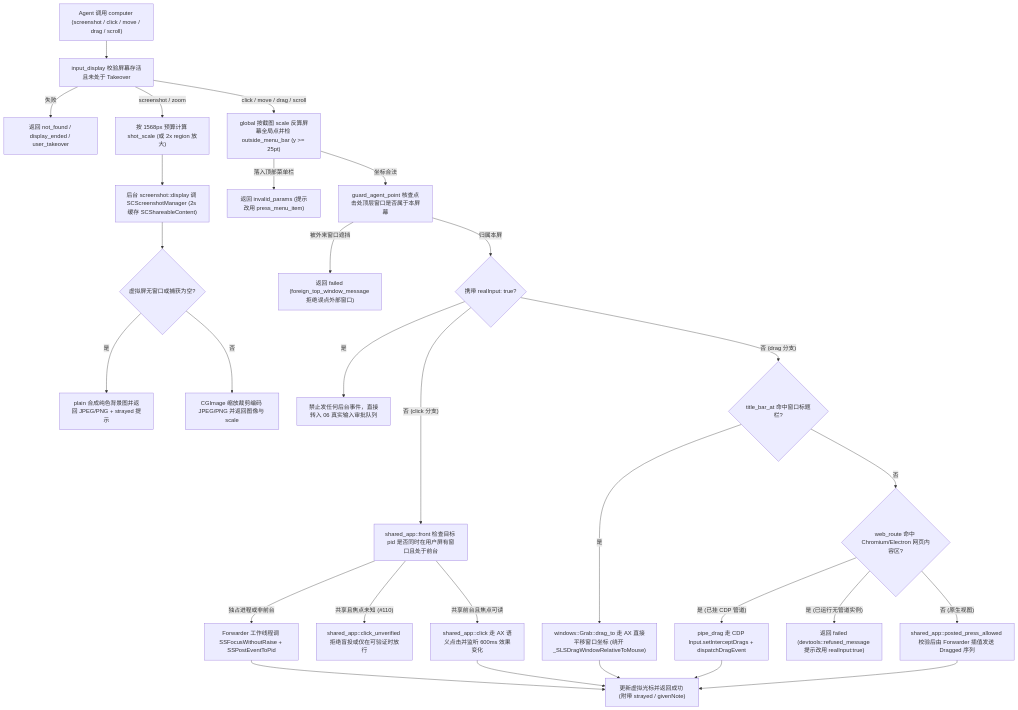
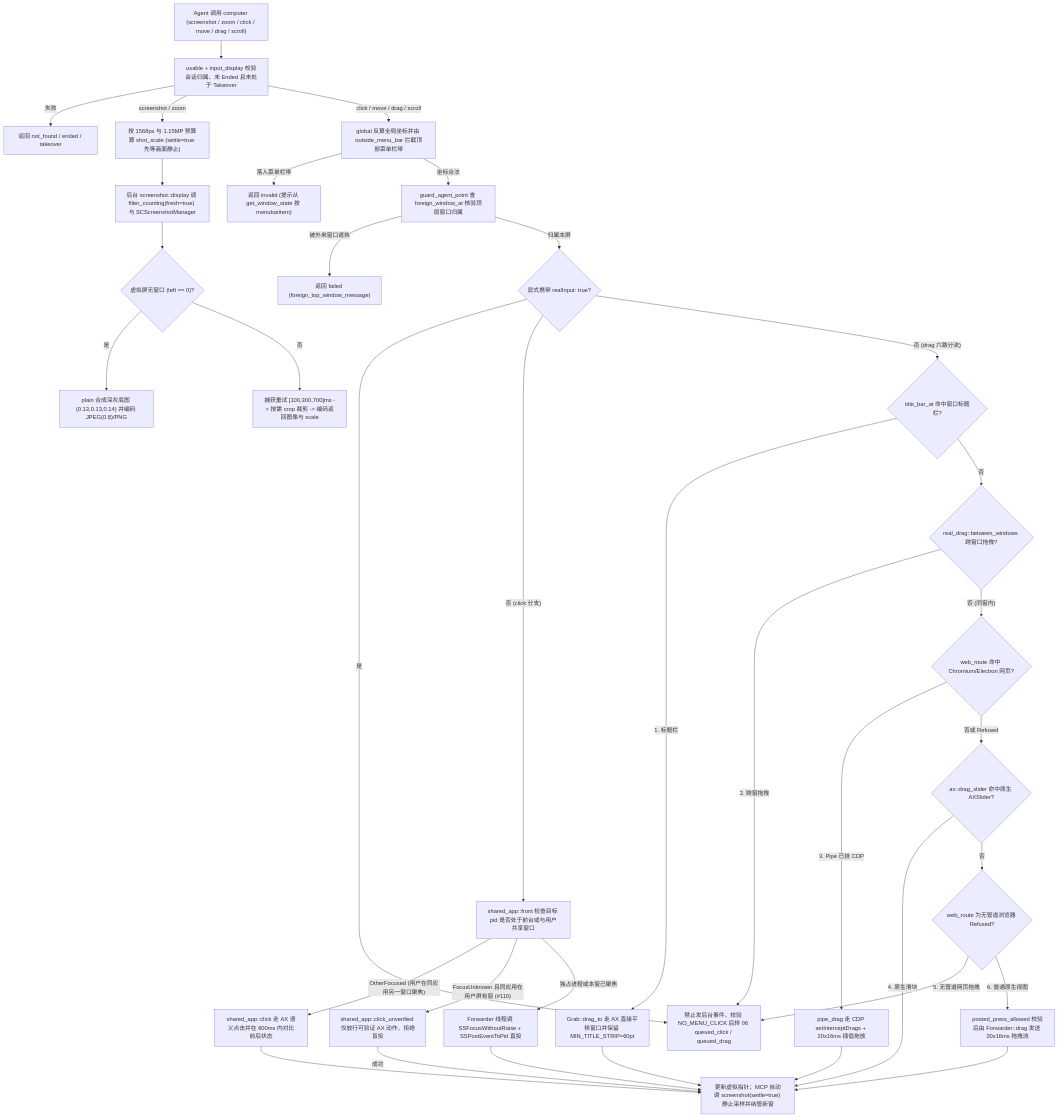
One commit to Fanzzzd/agent-screen changed the first of 2 diagrams in docs/flows/05-computer-actions.md. Above: the diagram before and after it, drawn with Mermaid. The commit also changed other lines of this file and 16 other files, not shown here.

First line of the commit message:
docs(docs): audit flow maps row by row with source quotes

````diff
--- a/docs/flows/05-computer-actions.md
+++ b/docs/flows/05-computer-actions.md
@@ -16,31 +16,37 @@
 ```mermaid
 flowchart TD
-    C1["Agent 调用 computer (screenshot / click / move / drag / scroll)"] --> C2["input_display 校验屏幕存活且未处于 Takeover"]
-    C2 -->|"失败"| CX1["返回 not_found / display_ended / user_takeover"]
-    C2 -->|"screenshot / zoom"| S1["按 1568px 预算计算 shot_scale (或 2x region 放大)"]
-    S1 --> S2["后台 screenshot::display 调 SCScreenshotManager (2s 缓存 SCShareableContent)"]
-    S2 --> S3{"虚拟屏无窗口或捕获为空?"}
-    S3 -->|"是"| S4["plain 合成纯色背景图并返回 JPEG/PNG + strayed 提示"]
-    S3 -->|"否"| S5["CGImage 缩放裁剪编码 JPEG/PNG 并返回图像与 scale"]
-    C2 -->|"click / move / drag / scroll"| C3["global 按截图 scale 反算屏幕全局点并检 outside_menu_bar (y >= 25pt)"]
-    C3 -->|"落入顶部菜单栏"| CX2["返回 invalid_params (提示改用 press_menu_item)"]
-    C3 -->|"坐标合法"| C4["guard_agent_point 核查点击处顶层窗口是否属于本屏幕"]
-    C4 -->|"被外来窗口遮挡"| CX3["返回 failed (foreign_top_window_message 拒绝误点外部窗口)"]
-    C4 -->|"归属本屏"| C5{"携带 realInput: true?"}
-    C5 -->|"是"| R_REAL["禁止发任何后台事件，直接转入 06 真实输入审批队列"]
-    C5 -->|"否 (click 分支)"| K1["shared_app::front 检查目标 pid 是否同时在用户屏有窗口且处于前台"]
-    K1 -->|"共享前台且焦点可读"| K2["shared_app::click 走 AX 语义点击并监听 600ms 效果变化"]
-    K1 -->|"共享且焦点未知 (#110)"| K3["shared_app::click_unverified 拒绝盲投或仅在可验证时放行"]
-    K1 -->|"独占进程或非前台"| K4["Forwarder 工作线程调 SSFocusWithoutRaise + SSPostEventToPid"]
-    K4 --> R_OK["更新虚拟光标并返回成功 (附带 strayed / givenNote)"]
+    C1["Agent 调用 computer (screenshot / zoom / click / move / drag / scroll)"] --> C2["usable + input_display 校验会话归属、未 Ended 且未处于 Takeover"]
+    C2 -->|"失败"| CX1["返回 not_found / ended / takeover"]
+    C2 -->|"screenshot / zoom"| S1["按 1568px 与 1.15MP 预算算 shot_scale (settle=true 先等画面静止)"]
+    S1 --> S2["后台 screenshot::display 调 filter_counting(fresh=true) 与 SCScreenshotManager"]
+    S2 --> S3{"虚拟屏无窗口 (left == 0)?"}
+    S3 -->|"是"| S4["plain 合成深灰底图 (0.13,0.13,0.14) 并编码 JPEG(0.8)/PNG"]
+    S3 -->|"否"| S5["捕获重试 [100,300,700]ms -> 按需 crop 裁剪 -> 编码返回图像与 scale"]
+    C2 -->|"click / move / drag / scroll"| C3["global 反算全局坐标并由 outside_menu_bar 拦截顶部菜单栏带"]
+    C3 -->|"落入菜单栏带"| CX2["返回 invalid (提示从 get_window_state 按 menubaritem)"]
+    C3 -->|"坐标合法"| C4["guard_agent_point 查 foreign_window_at 核验顶层窗口归属"]
+    C4 -->|"被外来窗口遮挡"| CX3["返回 failed (foreign_top_window_message)"]
+    C4 -->|"归属本屏"| C5{"显式携带 realInput: true?"}
+    C5 -->|"是"| R_REAL["禁止发后台事件，校验 NO_MENU_CLICK 后转 06 queued_click / queued_drag"]
+    C5 -->|"否 (click 分支)"| K1["shared_app::front 检查目标 pid 是否处于前台或与用户共享窗口"]
+    K1 -->|"OtherFocused (用户在同应用另一窗口聚焦)"| K2["shared_app::click 走 AX 语义点击并在 600ms 内对比前后状态"]
+    K1 -->|"FocusUnknown 且同应用在用户屏有窗 (#110)"| K3["shared_app::click_unverified 仅放行可验证 AX 动作，拒绝盲投"]
+    K1 -->|"独占进程或本窗已聚焦"| K4["Forwarder 线程调 SSFocusWithoutRaise + SSPostEventToPid 直投"]
+    K4 --> R_OK["更新虚拟指针；MCP 自动调 screenshot(settle=true) 静止采样并纳管新窗"]
     K2 --> R_OK
-    C5 -->|"否 (drag 分支)"| D1{"title_bar_at 命中窗口标题栏?"}
-    D1 -->|"是"| D2["windows::Grab::drag_to 走 AX 直接平移窗口坐标 (绕开 _SLSDragWindowRelativeToMouse)"]
-    D1 -->|"否"| D3{"web_route 命中 Chromium/Electron 网页内容区?"}
-    D3 -->|"是 (已挂 CDP 管道)"| D4["pipe_drag 走 CDP Input.setInterceptDrags + dispatchDragEvent"]
-    D3 -->|"是 (已运行无管道实例)"| DX1["返回 failed (devtools::refused_message 提示改用 realInput:true)"]
-    D3 -->|"否 (原生视图)"| D5["shared_app::posted_press_allowed 校验后由 Forwarder 插值发送 Dragged 序列"]
+    K3 -->|"成功"| R_OK
+    C5 -->|"否 (drag 六路分流)"| D1{"title_bar_at 命中窗口标题栏?"}
+    D1 -->|"1. 标题栏"| D2["Grab::drag_to 走 AX 直接平移窗口并保留 MIN_TITLE_STRIP=60pt"]
+    D1 -->|"否"| D_CROSS{"real_drag::between_windows 跨窗口拖拽?"}
+    D_CROSS -->|"2. 跨窗拖拽"| R_REAL
+    D_CROSS -->|"否 (同窗内)"| D3{"web_route 命中 Chromium/Electron 网页?"}
+    D3 -->|"3. Pipe 已挂 CDP"| D4["pipe_drag 走 CDP setInterceptDrags + 20x16ms 插值拖放"]
+    D3 -->|"否或 Refused"| D_AX{"ax::drag_slider 命中原生 AXSlider?"}
+    D_AX -->|"4. 原生滑块"| R_OK
+    D_AX -->|"否"| D_REF{"web_route 为无管道浏览器 Refused?"}
+    D_REF -->|"5. 无管道网页拖拽"| R_REAL
+    D_REF -->|"6. 普通原生视图"| D5["posted_press_allowed 校验后由 Forwarder::drag 发送 20x16ms 拖拽流"]
     D2 --> R_OK
     D4 --> R_OK
     D5 --> R_OK
 ```
````
